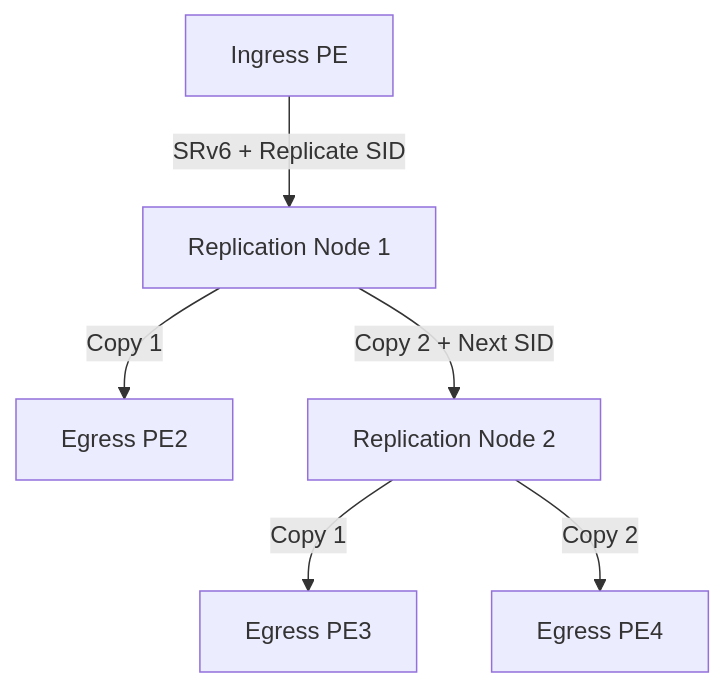
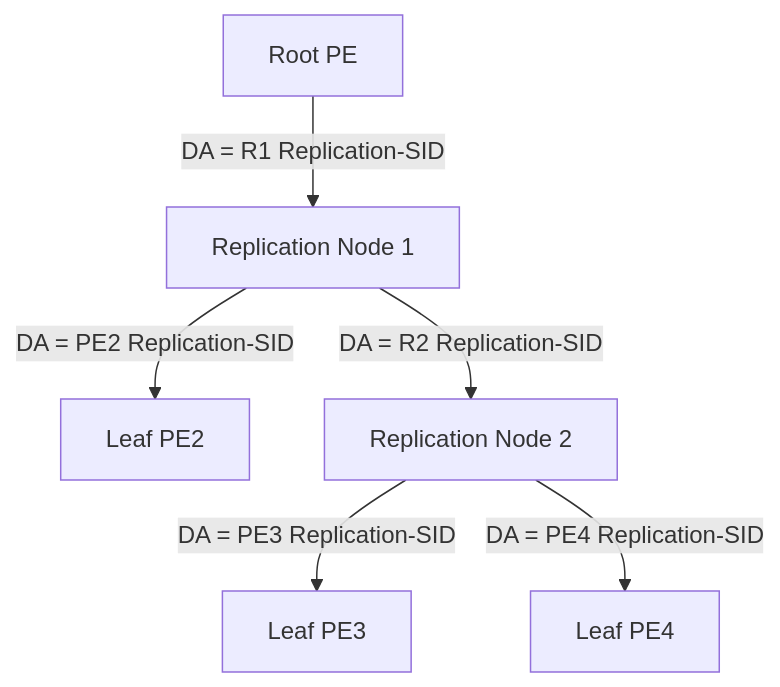
One commit to eldaninavas/srv6.md changed the second of 4 diagrams in docs/topics/multicast.md. Above: the diagram before and after it, drawn with Mermaid. The commit also changed other lines of this file and 30 other files, not shown here.

````diff
--- a/docs/topics/multicast.md
+++ b/docs/topics/multicast.md
@@ -101,8 +100,8 @@
 ```mermaid
 graph TD
-    PE1[Ingress PE] -->|SRv6 + Replicate SID| R1[Replication Node 1]
-    R1 -->|Copy 1| PE2[Egress PE2]
-    R1 -->|Copy 2 + Next SID| R2[Replication Node 2]
-    R2 -->|Copy 1| PE3[Egress PE3]
-    R2 -->|Copy 2| PE4[Egress PE4]
+    PE1[Root PE] -->|DA = R1 Replication-SID| R1[Replication Node 1]
+    R1 -->|DA = PE2 Replication-SID| PE2[Leaf PE2]
+    R1 -->|DA = R2 Replication-SID| R2[Replication Node 2]
+    R2 -->|DA = PE3 Replication-SID| PE3[Leaf PE3]
+    R2 -->|DA = PE4 Replication-SID| PE4[Leaf PE4]
 ```
````
